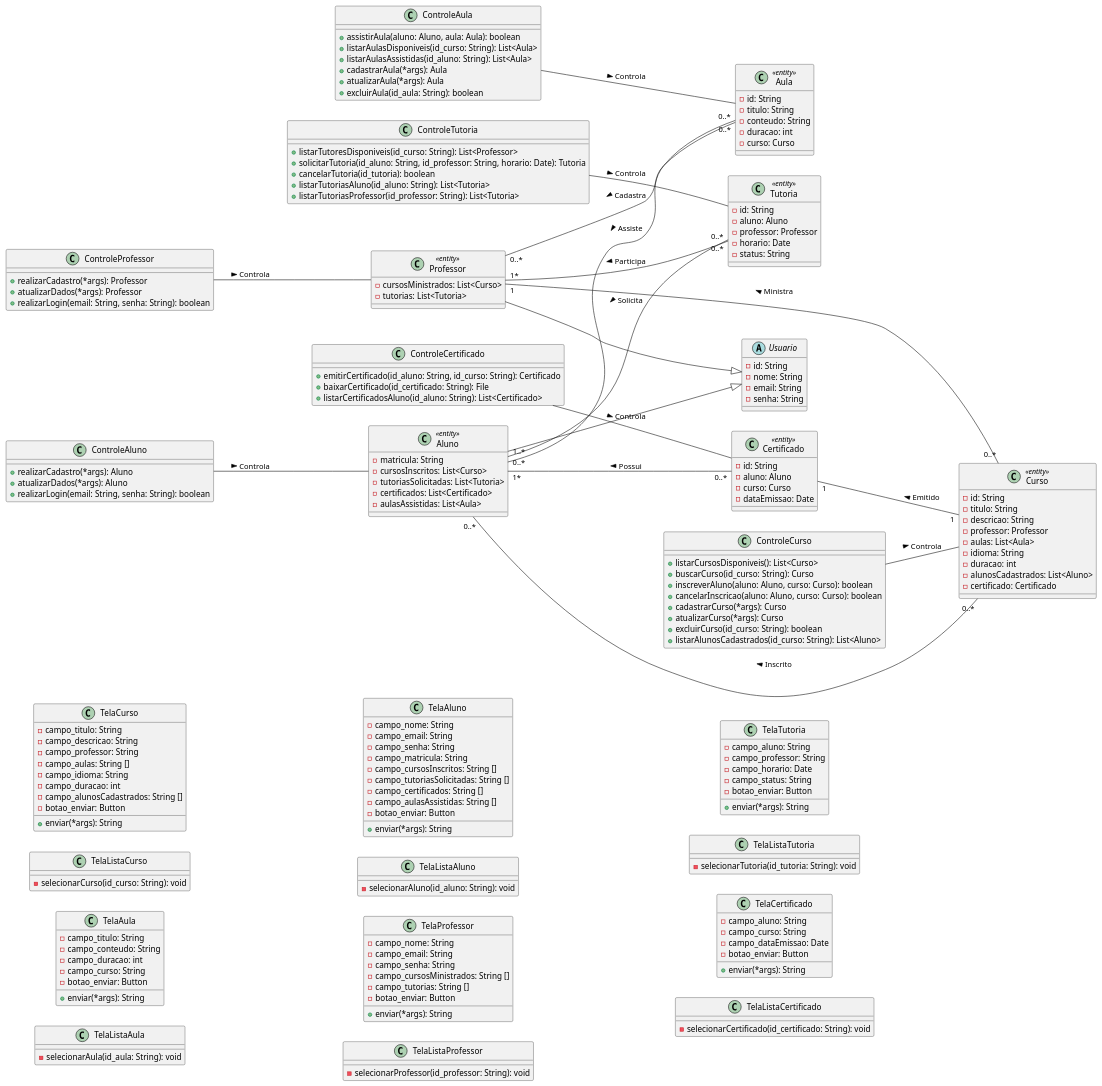
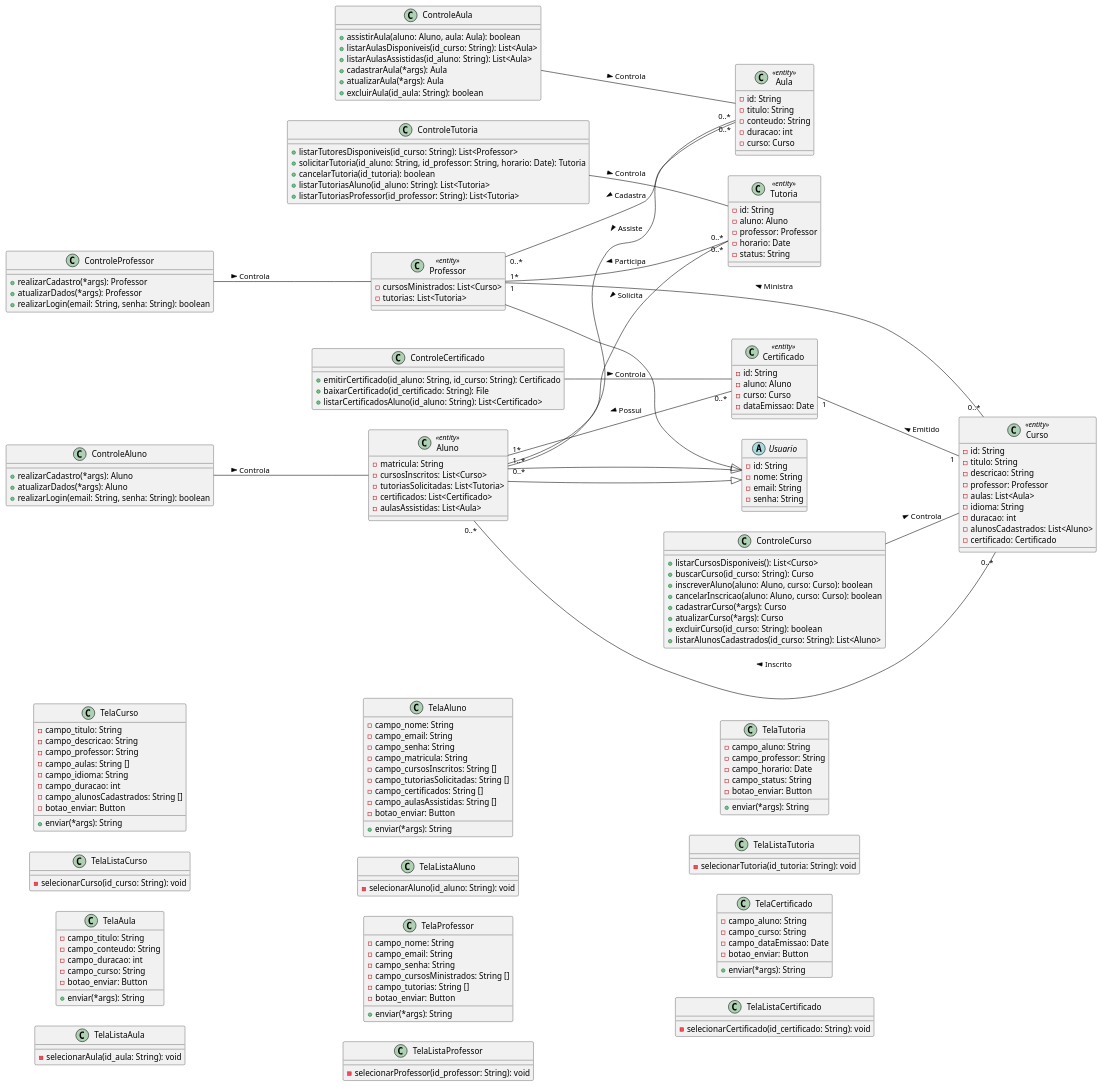
The diagram in projeto-2Unidade/modelo-classes/aluno.puml (Nicolas-Emanuel7/Atividades-APS), drawn with PlantUML before and after one commit.

Commit message:
feat: telas criadas

```diff
--- a/projeto-2Unidade/modelo-classes/aluno.puml
+++ b/projeto-2Unidade/modelo-classes/aluno.puml
@@ -189,6 +189,8 @@
 
 
 Aluno --|> Usuario
+
+Aluno --|> Usuario
 Professor --|> Usuario
 
 Professor "1" -- "0..*" Curso: < Ministra
```
